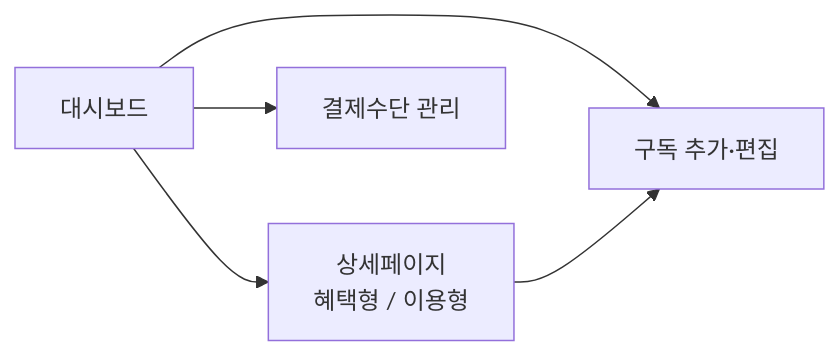
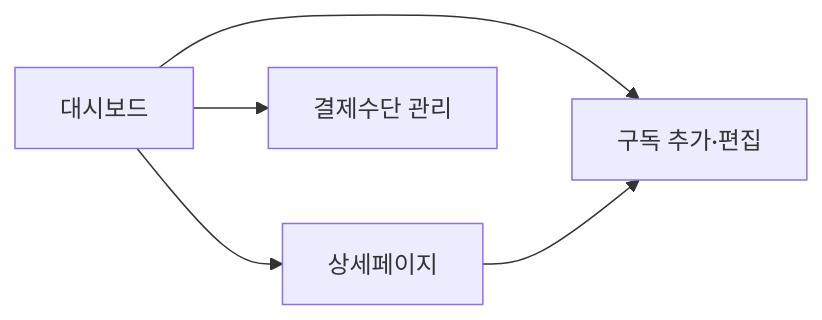
The diagram in 구독 관리 웹앱 PRD.md (imjw0826/subscriptionchecklist), drawn with Mermaid before and after one commit. The commit also changed other lines of this file and 29 other files, not shown here.

````diff
--- a/구독 관리 웹앱 PRD.md
+++ b/구독 관리 웹앱 PRD.md
@@ -44,7 +40,7 @@
 ```mermaid
 flowchart LR
-  D[대시보드] --> S[상세페이지<br/>혜택형 / 이용형]
+  D[대시보드] --> S[상세페이지]
   D --> F[구독 추가·편집]
   D --> P[결제수단 관리]
   S --> F
 ```
````
